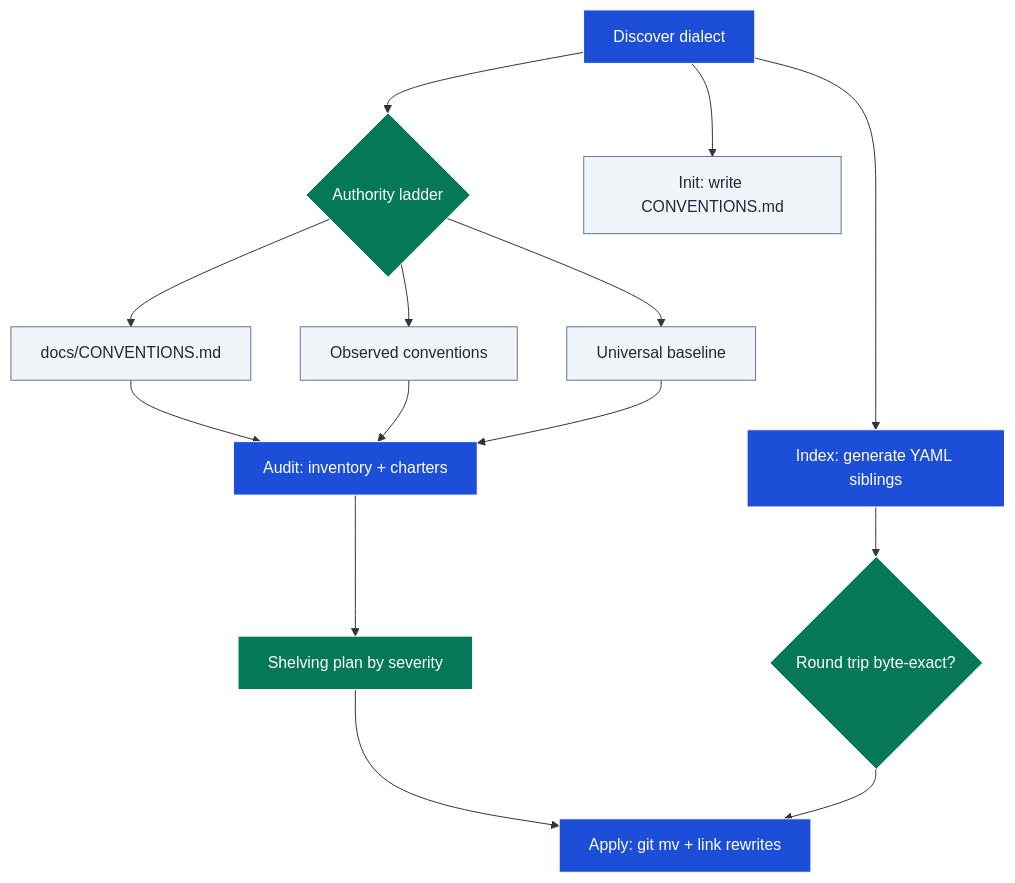
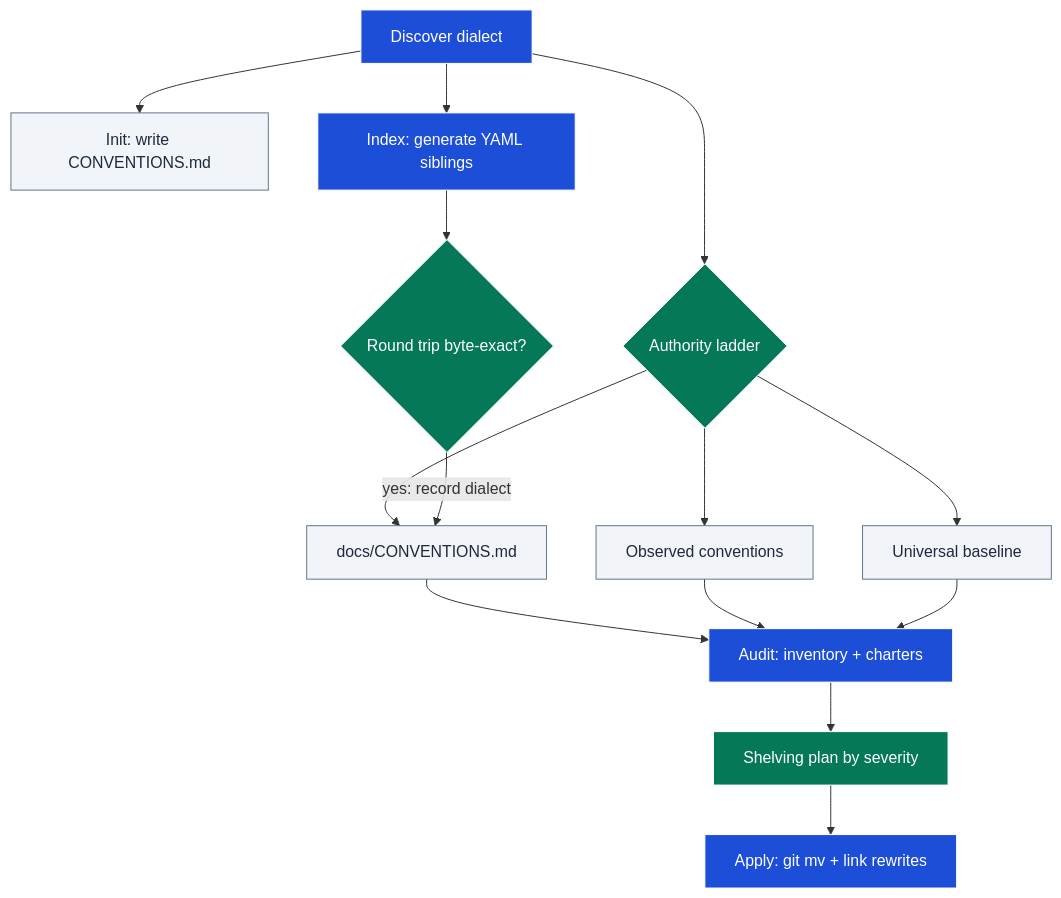
Before and after one commit to jpeakai/skills: the diagram in skills/librarian/README.md, drawn with Mermaid. The commit also changed other lines of this file and 175 other files, not shown here.

````diff
--- a/skills/librarian/README.md
+++ b/skills/librarian/README.md
@@ -74,23 +74,23 @@
 ```mermaid
 flowchart TD
     D[Discover dialect] --> L{Authority ladder}
     L --> C[docs/CONVENTIONS.md]
     L --> O[Observed conventions]
     L --> B[Universal baseline]
     C --> A[Audit: inventory + charters]
     O --> A
     B --> A
     A --> S[Shelving plan by severity]
     S --> AP[Apply: git mv + link rewrites]
     D --> I[Init: write CONVENTIONS.md]
     D --> X[Index: generate YAML siblings]
     X --> V{Round trip byte-exact?}
-    V --> AP
+    V -->|yes: record dialect| C
 
     classDef primary fill:#1d4ed8,stroke:#fff,color:#fff
     classDef secondary fill:#f1f5f9,stroke:#64748b,color:#1e293b
     classDef accent fill:#047857,stroke:#fff,color:#fff
     class D,A,AP,X primary
     class C,O,B,I secondary
     class L,S,V accent
 ```
````
